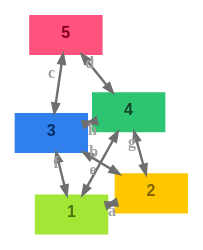
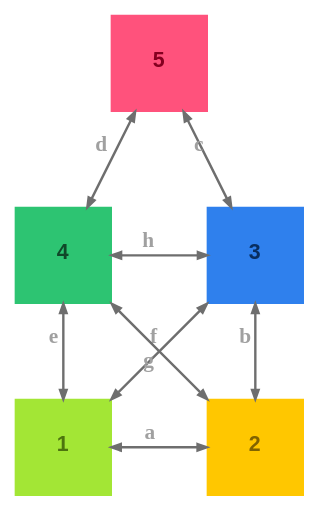
One commit to m-bock/purescript-transit changed the diagram in renders/house-santa-claus_graph-dark.dot. Above: the diagram before and after it, drawn with Graphviz. The commit also changed 7 other files, not shown here.

Commit message:
Update House of Santa Claus example; modify SVG layout positions for improved rendering, enhance Graphviz integration with updated node positioning, and add new tutorial documentation for state machine and transit approach.

```diff
--- a/renders/house-santa-claus_graph-dark.dot
+++ b/renders/house-santa-claus_graph-dark.dot
@@ -1,18 +1,17 @@
 digraph 
 {
-rankdir = "TD";fontname = "Arial";labelloc = "t";fontsize = 12.0;bgcolor = "#00000000";color = "#c8c8c8";fontcolor = "#c8c8c8";layout = "dot";rankdir = "TD"
-layout=neato
-1 [shape = "box", label = <<b>1</b>>, fontsize = 12.0, style = "filled", fillcolor = "#a3e635", fontcolor = "#4d740e", color = "#a3e635", fontname = "Arial", labelloc = "c", penwidth = 1.0, height = 0.4]
-2 [shape = "box", label = <<b>2</b>>, fontsize = 12.0, style = "filled", fillcolor = "#ffc700", fontcolor = "#806300", color = "#ffc700", fontname = "Arial", labelloc = "c", penwidth = 1.0, height = 0.4]
-2 -> 1 [color = "#6e6e6e", fontcolor = "#a0a0a0", fontsize = 12.0, label = <<b>a</b>>, arrowsize = "0.7", penwidth = 1.8, dir = "both"]
-3 [shape = "box", label = <<b>3</b>>, fontsize = 12.0, style = "filled", fillcolor = "#2f80ed", fontcolor = "#082e61", color = "#2f80ed", fontname = "Arial", labelloc = "c", penwidth = 1.0, height = 0.4]
-3 -> 2 [color = "#6e6e6e", fontcolor = "#a0a0a0", fontsize = 12.0, label = <<b>b</b>>, arrowsize = "0.7", penwidth = 1.8, dir = "both"]
-3 -> 1 [color = "#6e6e6e", fontcolor = "#a0a0a0", fontsize = 12.0, label = <<b>f</b>>, arrowsize = "0.7", penwidth = 1.8, dir = "both"]
-5 [shape = "box", label = <<b>5</b>>, fontsize = 12.0, style = "filled", fillcolor = "#ff527c", fontcolor = "#850020", color = "#ff527c", fontname = "Arial", labelloc = "c", penwidth = 1.0, height = 0.4]
-5 -> 3 [color = "#6e6e6e", fontcolor = "#a0a0a0", fontsize = 12.0, label = <<b>c</b>>, arrowsize = "0.7", penwidth = 1.8, dir = "both"]
-5 -> 4 [color = "#6e6e6e", fontcolor = "#a0a0a0", fontsize = 12.0, label = <<b>d</b>>, arrowsize = "0.7", penwidth = 1.8, dir = "both"]
-4 [shape = "box", label = <<b>4</b>>, fontsize = 12.0, style = "filled", fillcolor = "#2dc472", fontcolor = "#104729", color = "#2dc472", fontname = "Arial", labelloc = "c", penwidth = 1.0, height = 0.4]
-4 -> 1 [color = "#6e6e6e", fontcolor = "#a0a0a0", fontsize = 12.0, label = <<b>e</b>>, arrowsize = "0.7", penwidth = 1.8, dir = "both"]
-4 -> 2 [color = "#6e6e6e", fontcolor = "#a0a0a0", fontsize = 12.0, label = <<b>g</b>>, arrowsize = "0.7", penwidth = 1.8, dir = "both"]
-4 -> 3 [color = "#6e6e6e", fontcolor = "#a0a0a0", fontsize = 12.0, label = <<b>h</b>>, arrowsize = "0.7", penwidth = 1.8, dir = "both"]
+rankdir = "TD";fontname = "Arial";labelloc = "t";fontsize = 16.0;bgcolor = "#00000000";color = "#c8c8c8";fontcolor = "#c8c8c8";layout = "neato"
+1 [shape = "box", label = <<b>1</b>>, fontsize = 16.0, style = "filled", fillcolor = "#a3e635", fontcolor = "#4d740e", color = "#a3e635", fontname = "Arial", labelloc = "c", penwidth = 1.0, height = 0.4, pos = "0.0,0.0!", width = 1.0, height = 1.0, fixedsize = true]
+2 [shape = "box", label = <<b>2</b>>, fontsize = 16.0, style = "filled", fillcolor = "#ffc700", fontcolor = "#806300", color = "#ffc700", fontname = "Arial", labelloc = "c", penwidth = 1.0, height = 0.4, pos = "2.0,0.0!", width = 1.0, height = 1.0, fixedsize = true]
+2 -> 1 [color = "#6e6e6e", fontcolor = "#a0a0a0", fontsize = 16.0, label = <<b>a</b>>, arrowsize = "0.7", penwidth = 1.8, dir = "both"]
+3 [shape = "box", label = <<b>3</b>>, fontsize = 16.0, style = "filled", fillcolor = "#2f80ed", fontcolor = "#082e61", color = "#2f80ed", fontname = "Arial", labelloc = "c", penwidth = 1.0, height = 0.4, pos = "2.0,2.0!", width = 1.0, height = 1.0, fixedsize = true]
+3 -> 2 [color = "#6e6e6e", fontcolor = "#a0a0a0", fontsize = 16.0, label = <<b>b</b>>, arrowsize = "0.7", penwidth = 1.8, dir = "both"]
+3 -> 1 [color = "#6e6e6e", fontcolor = "#a0a0a0", fontsize = 16.0, label = <<b>f</b>>, arrowsize = "0.7", penwidth = 1.8, dir = "both"]
+5 [shape = "box", label = <<b>5</b>>, fontsize = 16.0, style = "filled", fillcolor = "#ff527c", fontcolor = "#850020", color = "#ff527c", fontname = "Arial", labelloc = "c", penwidth = 1.0, height = 0.4, pos = "1.0,4.0!", width = 1.0, height = 1.0, fixedsize = true]
+5 -> 3 [color = "#6e6e6e", fontcolor = "#a0a0a0", fontsize = 16.0, label = <<b>c</b>>, arrowsize = "0.7", penwidth = 1.8, dir = "both"]
+5 -> 4 [color = "#6e6e6e", fontcolor = "#a0a0a0", fontsize = 16.0, label = <<b>d</b>>, arrowsize = "0.7", penwidth = 1.8, dir = "both"]
+4 [shape = "box", label = <<b>4</b>>, fontsize = 16.0, style = "filled", fillcolor = "#2dc472", fontcolor = "#104729", color = "#2dc472", fontname = "Arial", labelloc = "c", penwidth = 1.0, height = 0.4, pos = "0.0,2.0!", width = 1.0, height = 1.0, fixedsize = true]
+4 -> 1 [color = "#6e6e6e", fontcolor = "#a0a0a0", fontsize = 16.0, label = <<b>e</b>>, arrowsize = "0.7", penwidth = 1.8, dir = "both"]
+4 -> 2 [color = "#6e6e6e", fontcolor = "#a0a0a0", fontsize = 16.0, label = <<b>g</b>>, arrowsize = "0.7", penwidth = 1.8, dir = "both"]
+4 -> 3 [color = "#6e6e6e", fontcolor = "#a0a0a0", fontsize = 16.0, label = <<b>h</b>>, arrowsize = "0.7", penwidth = 1.8, dir = "both"]
 }
```
